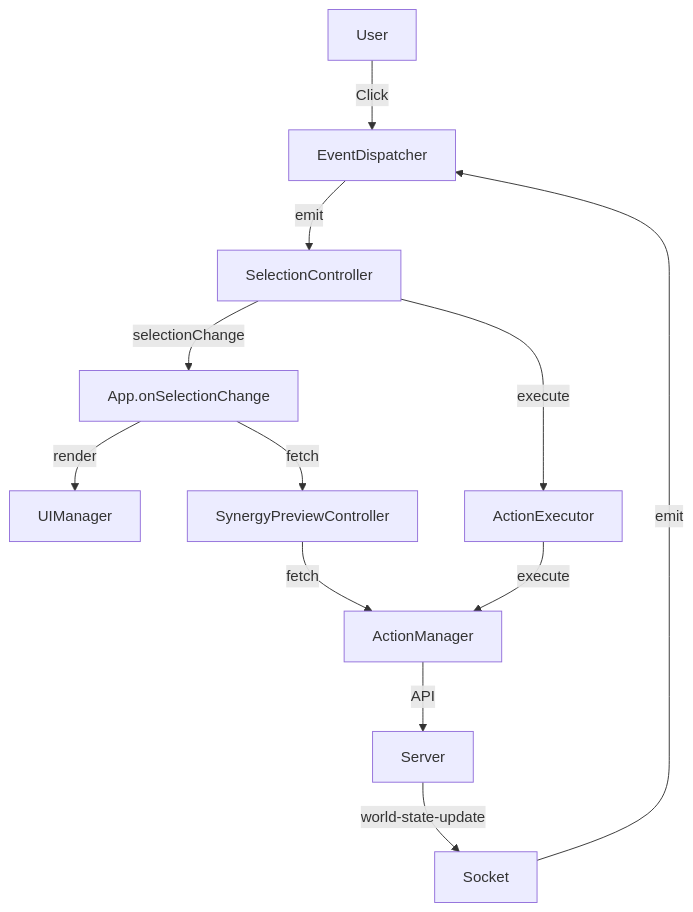
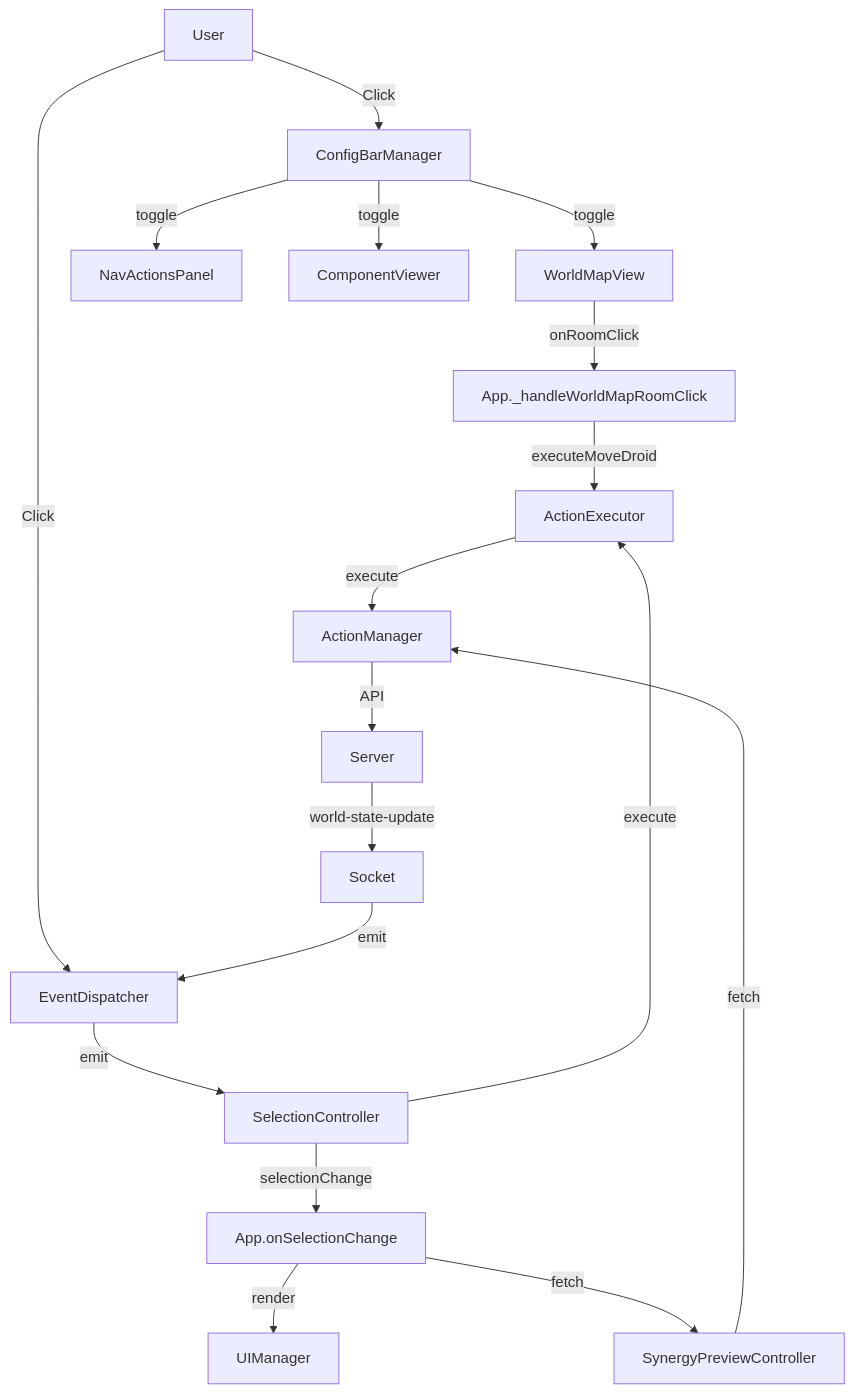
The diagram in wiki/subMDs/client_side_architecture.md (Rhuan-P-Dev/slopSimulacrum), drawn with Mermaid before and after one commit. The commit also changed other lines of this file and 25 other files, not shown here.

First line of the commit message:
feat: add world map overlay UI and update controller docs

````diff
--- a/wiki/subMDs/client_side_architecture.md
+++ b/wiki/subMDs/client_side_architecture.md
@@ -118,14 +237,20 @@
 ```mermaid
 graph TD
+    User -->|Click| ConfigBarManager
+    ConfigBarManager -->|toggle| WorldMapView
+    ConfigBarManager -->|toggle| NavActionsPanel
+    ConfigBarManager -->|toggle| ComponentViewer
+    WorldMapView -->|onRoomClick| App._handleWorldMapRoomClick
+    App._handleWorldMapRoomClick -->|executeMoveDroid| ActionExecutor
     User -->|Click| EventDispatcher
     EventDispatcher -->|emit| SelectionController
     SelectionController -->|selectionChange| App.onSelectionChange
     App.onSelectionChange -->|render| UIManager
     App.onSelectionChange -->|fetch| SynergyPreviewController
     SelectionController -->|execute| ActionExecutor
     SynergyPreviewController -->|fetch| ActionManager
     ActionExecutor -->|execute| ActionManager
     ActionManager -->|API| Server
     Server -->|world-state-update| Socket
     Socket -->|emit| EventDispatcher
 ```
````
